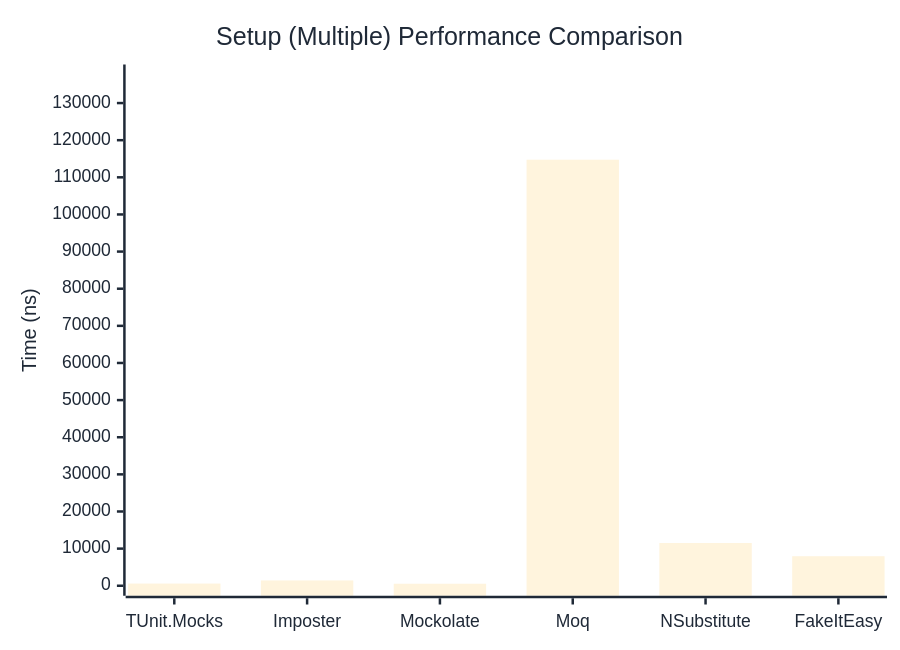
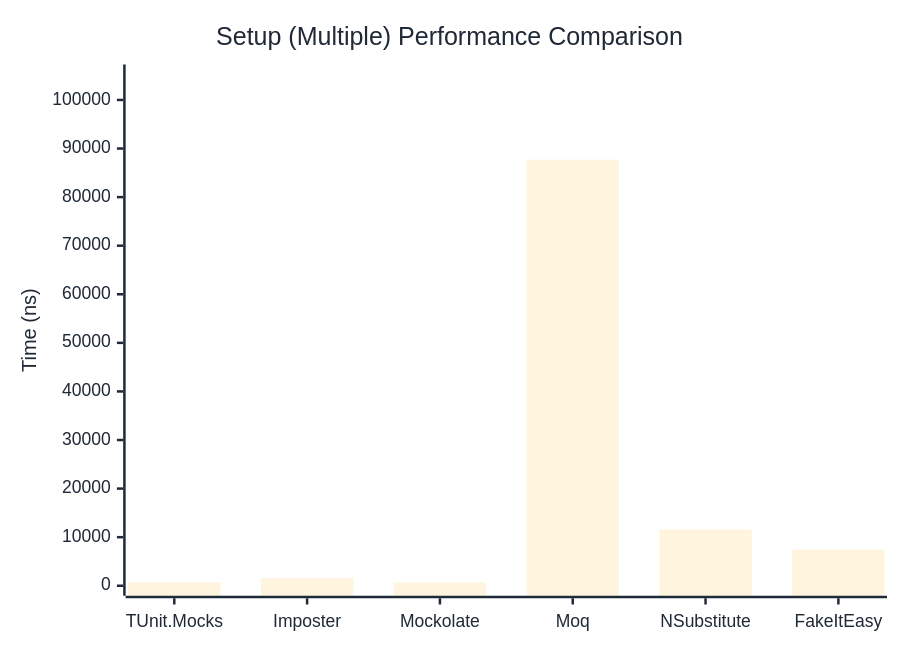
Before and after one commit to thomhurst/TUnit: the second of 2 diagrams in docs/docs/benchmarks/mocks/Setup.md, drawn with Mermaid. The commit also changed other lines of this file and 14 other files, not shown here.

````diff
--- a/docs/docs/benchmarks/mocks/Setup.md
+++ b/docs/docs/benchmarks/mocks/Setup.md
@@ -69,27 +69,27 @@
 ```mermaid
 %%{init: {
   'theme':'base',
   'themeVariables': {
     'primaryColor': '#2563eb',
     'primaryTextColor': '#1f2937',
     'primaryBorderColor': '#1e40af',
     'lineColor': '#6b7280',
     'secondaryColor': '#7c3aed',
     'tertiaryColor': '#dc2626',
     'background': '#ffffff',
     'pie1': '#2563eb',
     'pie2': '#7c3aed',
     'pie3': '#dc2626',
     'pie4': '#f59e0b',
     'pie5': '#10b981',
     'pie6': '#06b6d4',
     'pie7': '#ec4899',
     'pie8': '#6366f1'
   }
 }}%%
 xychart-beta
   title "Setup (Multiple) Performance Comparison"
   x-axis ["TUnit.Mocks", "Imposter", "Mockolate", "Moq", "NSubstitute", "FakeItEasy"]
-  y-axis "Time (ns)" 0 --> 137692
-  bar [585.7, 1427.6, 546.8, 114742.7, 11512.2, 7952.6]
+  y-axis "Time (ns)" 0 --> 105241
+  bar [674.3, 1580, 635.7, 87700.7, 11565.6, 7411.6]
 ```
````
